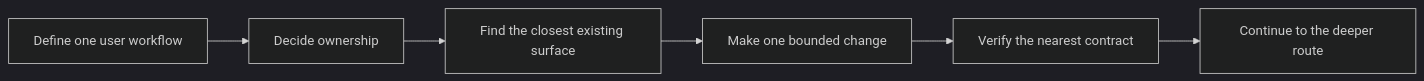
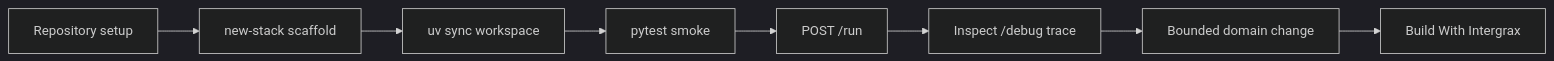
The diagram in docs/project/builders/BUILDER_QUICKSTART.md (jakbuczarnecki/intergrax), drawn with Mermaid (dark theme) before and after one commit. The commit also changed other lines of this file and 2 other files, not shown here.

First line of the commit message:
docs: make builder quick start executable

````diff
--- a/docs/project/builders/BUILDER_QUICKSTART.md
+++ b/docs/project/builders/BUILDER_QUICKSTART.md
@@ -27,8 +36,10 @@
 ```mermaid
 flowchart LR
-    A[Define one user workflow] --> B[Decide ownership]
-    B --> C[Find the closest existing surface]
-    C --> D[Make one bounded change]
-    D --> E[Verify the nearest contract]
-    E --> F[Continue to the deeper route]
+    A[Repository setup] --> B[new-stack scaffold]
+    B --> C[uv sync workspace]
+    C --> D[pytest smoke]
+    D --> E[POST /run]
+    E --> F[Inspect /debug trace]
+    F --> G[Bounded domain change]
+    G --> H[Build With Intergrax]
 ```
````
